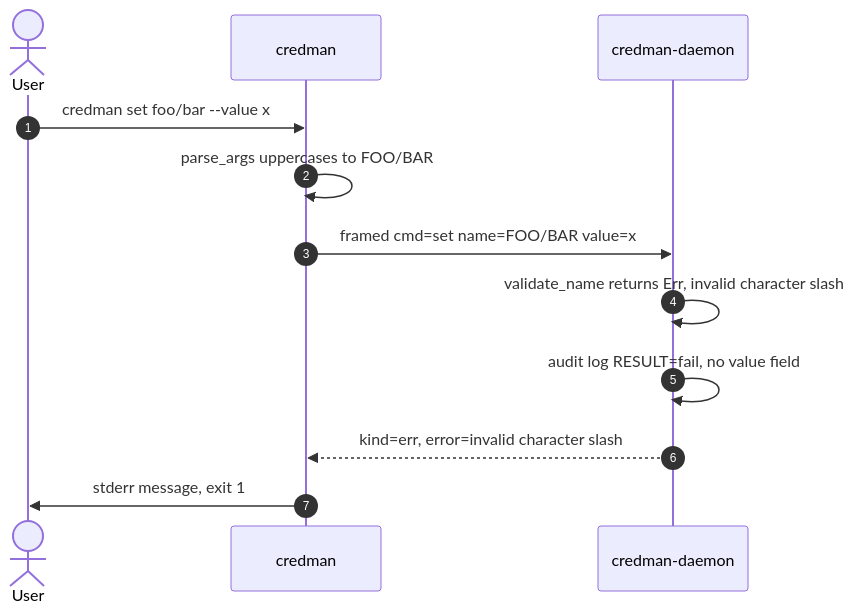
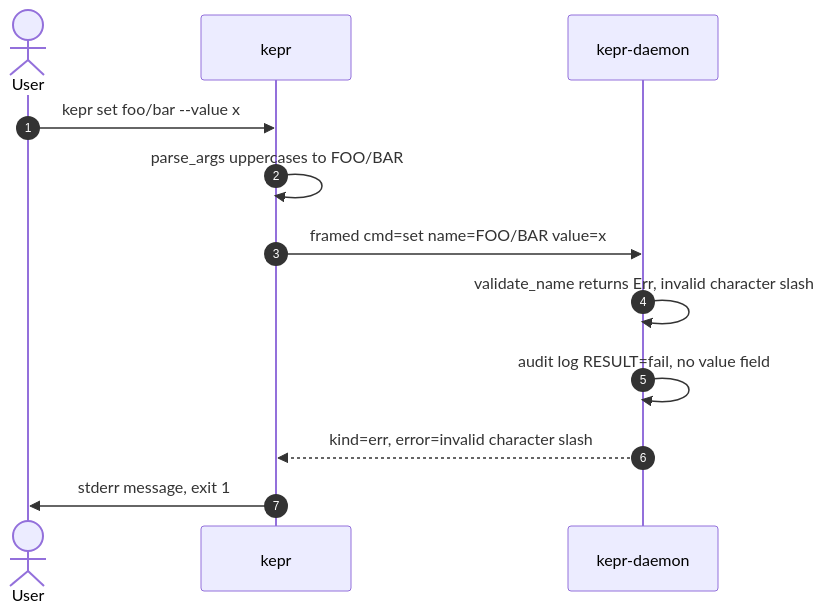
Before and after one commit to justdoGIT/kepr: the fifth of 7 diagrams in DOCS.md, drawn with Mermaid. The commit also changed other lines of this file and 4 other files, not shown here.

````diff
--- a/DOCS.md
+++ b/DOCS.md
@@ -346,15 +346,15 @@
 ```mermaid
 sequenceDiagram
     autonumber
     actor U as User
-    participant CLI as credman
-    participant D as credman-daemon
+    participant CLI as kepr
+    participant D as kepr-daemon
 
-    U->>CLI: credman set foo/bar --value x
+    U->>CLI: kepr set foo/bar --value x
     CLI->>CLI: parse_args uppercases to FOO/BAR
     CLI->>D: framed cmd=set name=FOO/BAR value=x
     D->>D: validate_name returns Err, invalid character slash
     D->>D: audit log RESULT=fail, no value field
     D-->>CLI: kind=err, error=invalid character slash
     CLI->>U: stderr message, exit 1
 ```
````
